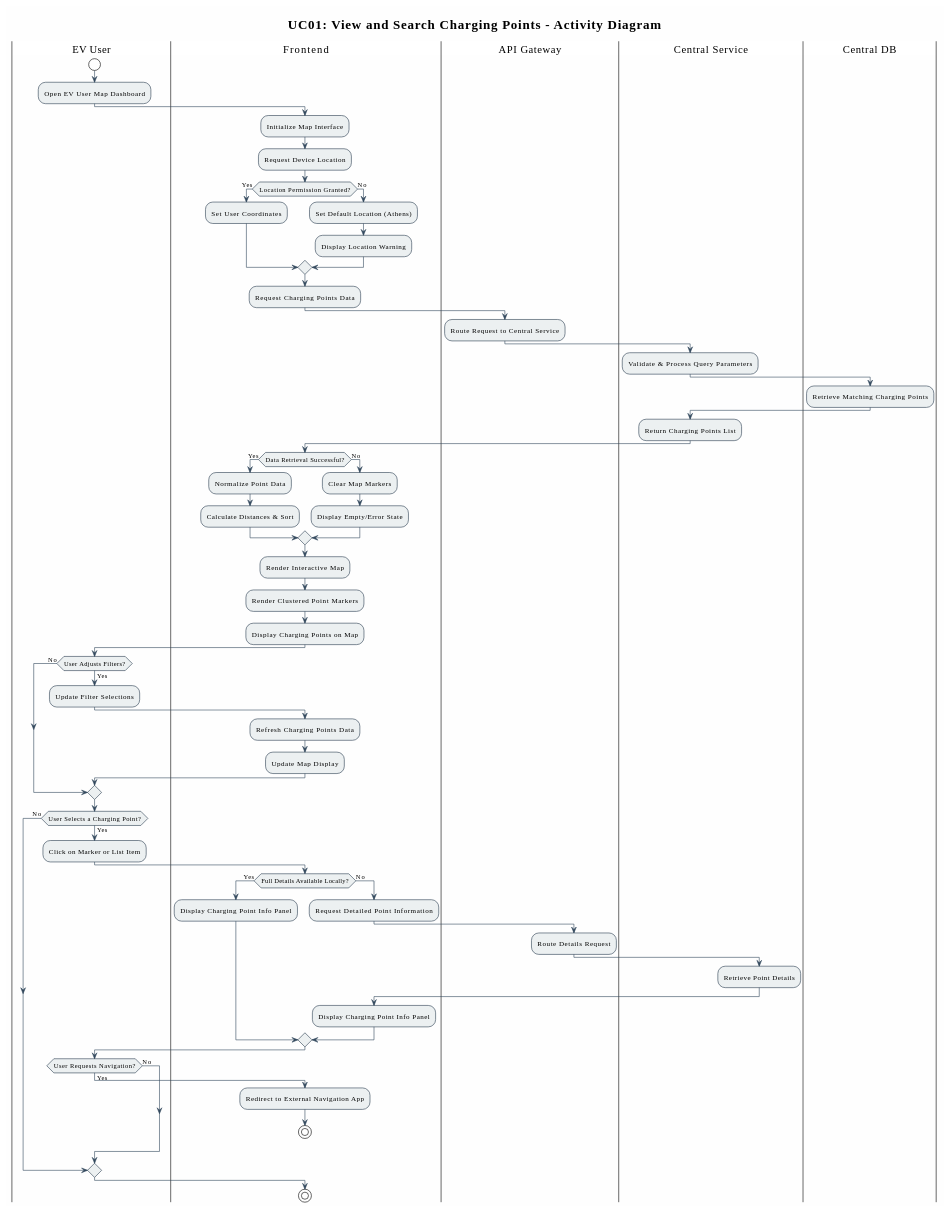
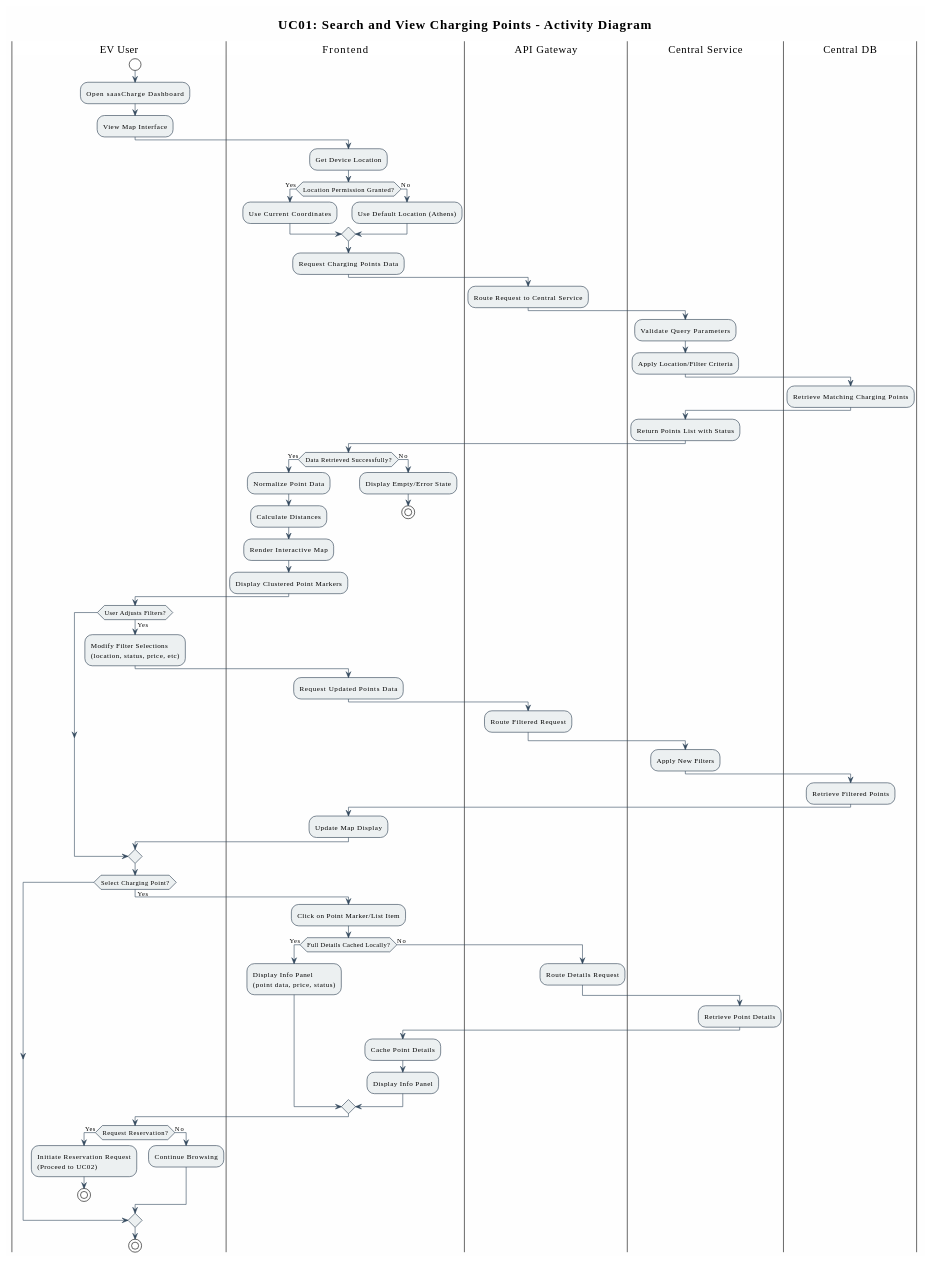
The diagram in evi_diagrams/UC01_activity.md (lenaamarantidi/event-driven-ev-charging-platform), drawn with PlantUML before and after one commit. The commit also changed 3 other files, not shown here.

Commit message:
activity diagrams

```diff
--- a/evi_diagrams/UC01_activity.md
+++ b/evi_diagrams/UC01_activity.md
@@ -1,5 +1,5 @@
-@startuml UC01_View_Search_Charging_Points_Activity_Clean
-title UC01: View and Search Charging Points - Activity Diagram
+@startuml UC01_Search_View_Charging_Points_Activity
+title UC01: Search and View Charging Points - Activity Diagram
 
 !theme plain
 skinparam backgroundColor #FEFEFE
@@ -9,17 +9,16 @@
 
 |EV User|
 start
-:Open EV User Map Dashboard;
+:Open saasCharge Dashboard;
+:View Map Interface;
 
 |Frontend|
-:Initialize Map Interface;
-:Request Device Location;
+:Get Device Location;
 
 if (Location Permission Granted?) then (Yes)
-  :Set User Coordinates;
+  :Use Current Coordinates;
 else (No)
-  :Set Default Location (Athens);
-  :Display Location Warning;
+  :Use Default Location (Athens);
 endif
 
 :Request Charging Points Data;
@@ -28,61 +27,65 @@
 :Route Request to Central Service;
 
 |Central Service|
-:Validate & Process Query Parameters;
+:Validate Query Parameters;
+:Apply Location/Filter Criteria;
 
 |Central DB|
 :Retrieve Matching Charging Points;
 
 |Central Service|
-:Return Charging Points List;
+:Return Points List with Status;
 
 |Frontend|
-if (Data Retrieval Successful?) then (Yes)
+if (Data Retrieved Successfully?) then (Yes)
   :Normalize Point Data;
-  :Calculate Distances & Sort;
+  :Calculate Distances;
+  :Render Interactive Map;
+  :Display Clustered Point Markers;
 else (No)
-  :Clear Map Markers;
   :Display Empty/Error State;
+  stop
 endif
-
-:Render Interactive Map;
-:Render Clustered Point Markers;
-:Display Charging Points on Map;
 
 |EV User|
 if (User Adjusts Filters?) then (Yes)
-  :Update Filter Selections;
+  :Modify Filter Selections\n(location, status, price, etc);
   |Frontend|
-  :Refresh Charging Points Data;
+  :Request Updated Points Data;
+  |API Gateway|
+  :Route Filtered Request;
+  |Central Service|
+  :Apply New Filters;
+  |Central DB|
+  :Retrieve Filtered Points;
+  |Frontend|
   :Update Map Display;
-else (No)
 endif
 
 |EV User|
-if (User Selects a Charging Point?) then (Yes)
-  :Click on Marker or List Item;
-
+if (Select Charging Point?) then (Yes)
   |Frontend|
-  if (Full Details Available Locally?) then (Yes)
-    :Display Charging Point Info Panel;
+  :Click on Point Marker/List Item;
+  
+  if (Full Details Cached Locally?) then (Yes)
+    :Display Info Panel\n(point data, price, status);
   else (No)
-    :Request Detailed Point Information;
     |API Gateway|
     :Route Details Request;
     |Central Service|
     :Retrieve Point Details;
     |Frontend|
-    :Display Charging Point Info Panel;
+    :Cache Point Details;
+    :Display Info Panel;
   endif
-  
+
   |EV User|
-  if (User Requests Navigation?) then (Yes)
-    |Frontend|
-    :Redirect to External Navigation App;
+  if (Request Reservation?) then (Yes)
+    :Initiate Reservation Request\n(Proceed to UC02);
     stop
   else (No)
+    :Continue Browsing;
   endif
-else (No)
 endif
 
 stop
```
